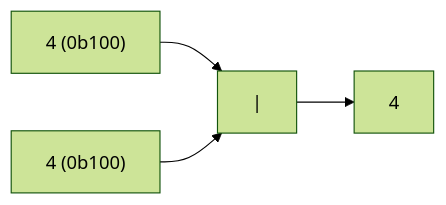
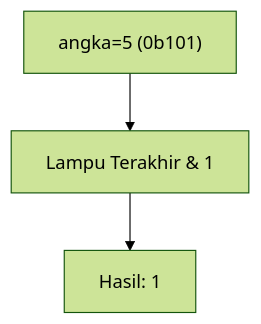
The seventh of 25 diagrams in part-c-pemahaman-cpp/06-bitwise/latihan/set-04.md (amnahwaida/OSNK_INF_PREP), drawn with Mermaid (forest theme) before and after one commit. The commit also changed other lines of this file and 71 other files, not shown here.

````diff
--- a/part-c-pemahaman-cpp/06-bitwise/latihan/set-04.md
+++ b/part-c-pemahaman-cpp/06-bitwise/latihan/set-04.md
@@ -180,6 +187,5 @@
 ```mermaid
-graph LR
-A["4 (0b100)"] --> C["|"]
-B["4 (0b100)"] --> C
-C --> D["4"]
+graph TD
+A["angka=5 (0b101)"] --> B["Lampu Terakhir & 1"]
+B --> C["Hasil: 1"]
 ```
````
